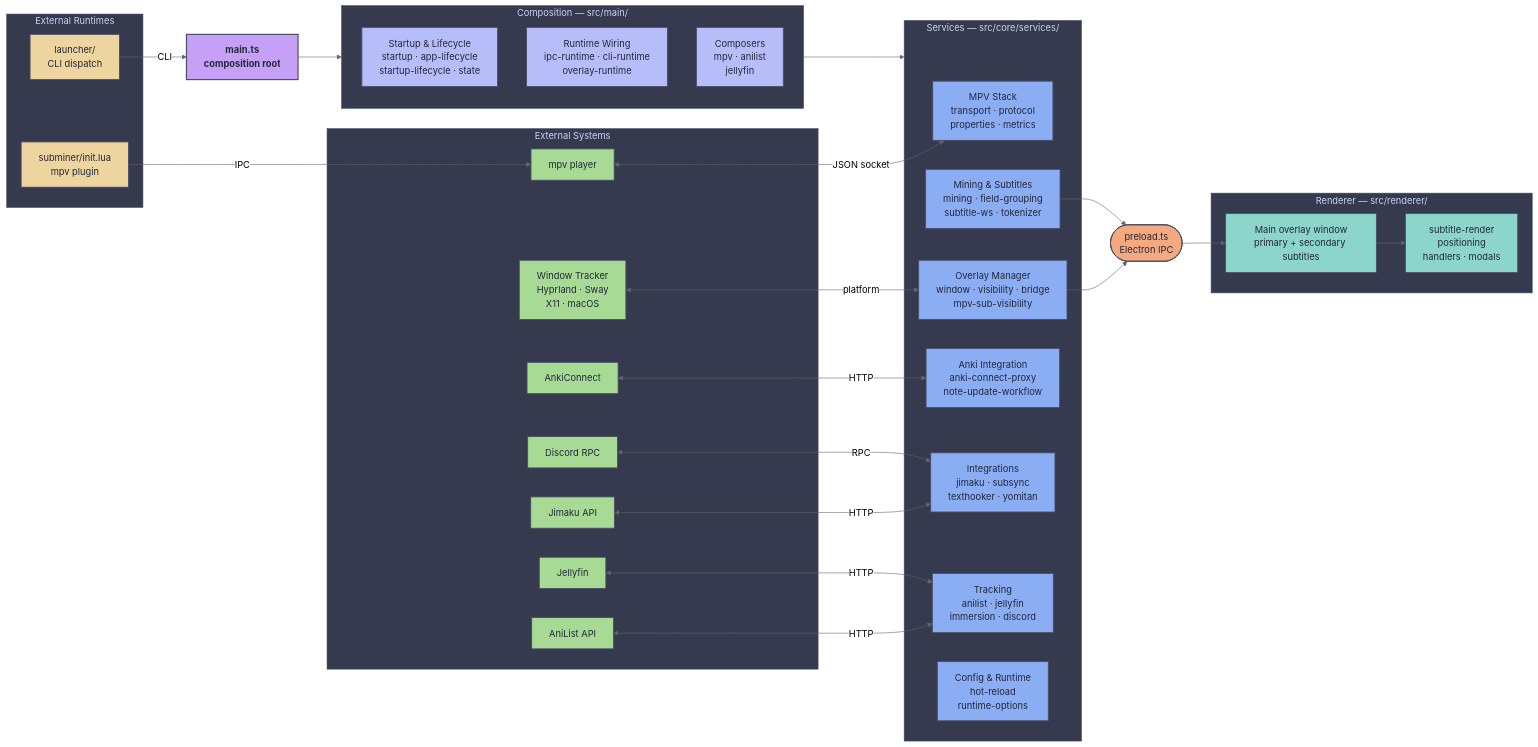
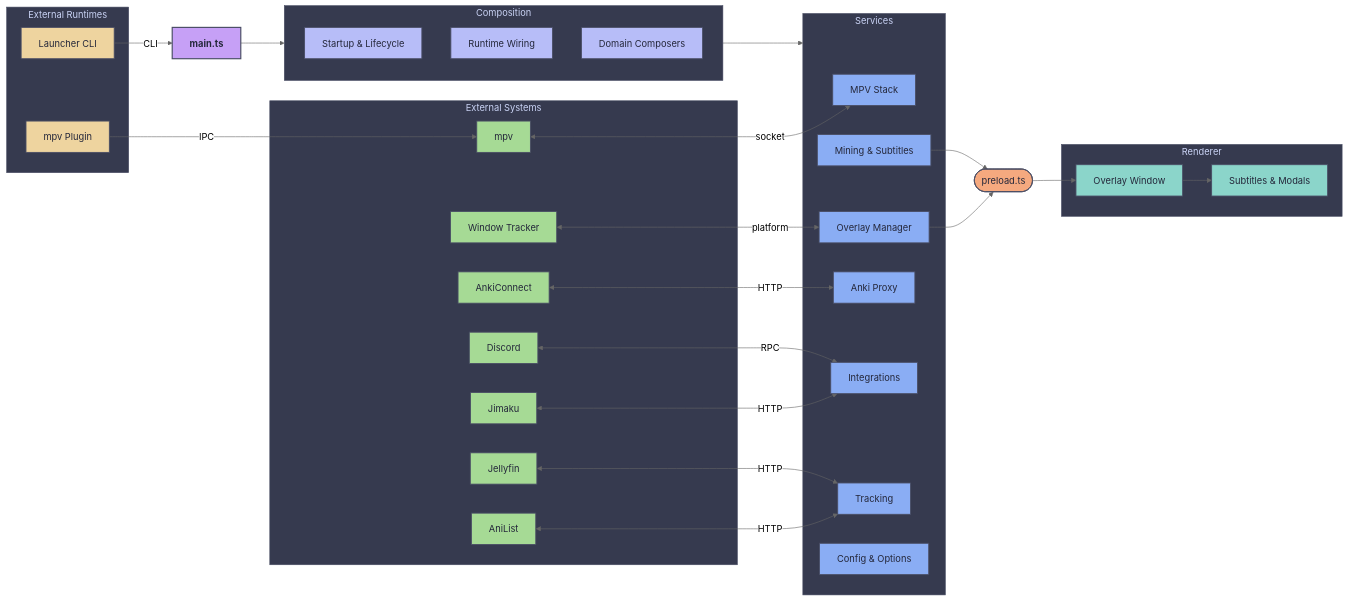
One commit to ksyasuda/subminer-docs changed the first of 2 diagrams in architecture.md. Above: the diagram before and after it, drawn with Mermaid (neutral theme). The commit also changed other lines of this file and 6 other files, not shown here.

````diff
--- a/architecture.md
+++ b/architecture.md
@@ -134,74 +134,74 @@
 ```mermaid
 flowchart LR
   classDef entry fill:#c6a0f6,stroke:#494d64,color:#24273a,stroke-width:2px,font-weight:bold
   classDef comp fill:#b7bdf8,stroke:#494d64,color:#24273a,stroke-width:1.5px
   classDef svc fill:#8aadf4,stroke:#494d64,color:#24273a,stroke-width:1.5px
   classDef bridge fill:#f5a97f,stroke:#494d64,color:#24273a,stroke-width:1.5px
   classDef rend fill:#8bd5ca,stroke:#494d64,color:#24273a,stroke-width:1.5px
   classDef ext fill:#a6da95,stroke:#494d64,color:#24273a,stroke-width:1.5px
   classDef extrt fill:#eed49f,stroke:#494d64,color:#24273a,stroke-width:1.5px
 
   subgraph ExtRt["External Runtimes"]
-    Launcher["launcher/<br/>CLI dispatch"]:::extrt
-    Plugin["subminer/init.lua<br/>mpv plugin"]:::extrt
+    Launcher["Launcher CLI"]:::extrt
+    Plugin["mpv Plugin"]:::extrt
   end
 
   subgraph Ext["External Systems"]
-    mpvExt["mpv player"]:::ext
+    mpvExt["mpv"]:::ext
     AnkiExt["AnkiConnect"]:::ext
-    JimakuExt["Jimaku API"]:::ext
-    TrackerExt["Window Tracker<br/>Hyprland · Sway<br/>X11 · macOS"]:::ext
-    AnilistExt["AniList API"]:::ext
+    JimakuExt["Jimaku"]:::ext
+    TrackerExt["Window Tracker"]:::ext
+    AnilistExt["AniList"]:::ext
     JellyfinExt["Jellyfin"]:::ext
-    DiscordExt["Discord RPC"]:::ext
+    DiscordExt["Discord"]:::ext
   end
 
-  Main["main.ts<br/>composition root"]:::entry
+  Main["main.ts"]:::entry
 
-  subgraph Comp["Composition — src/main/"]
-    Startup["Startup & Lifecycle<br/>startup · app-lifecycle<br/>startup-lifecycle · state"]:::comp
-    Wiring["Runtime Wiring<br/>ipc-runtime · cli-runtime<br/>overlay-runtime"]:::comp
-    Composers["Composers<br/>mpv · anilist<br/>jellyfin"]:::comp
+  subgraph Comp["Composition"]
+    Startup["Startup & Lifecycle"]:::comp
+    Wiring["Runtime Wiring"]:::comp
+    Composers["Domain Composers"]:::comp
   end
 
-  subgraph Svc["Services — src/core/services/"]
-    Mpv["MPV Stack<br/>transport · protocol<br/>properties · metrics"]:::svc
-    OverlaySvc["Overlay Manager<br/>window · visibility · bridge<br/>mpv-sub-visibility"]:::svc
-    Mining["Mining & Subtitles<br/>mining · field-grouping<br/>subtitle-ws · tokenizer"]:::svc
-    AnkiProxy["Anki Integration<br/>anki-connect-proxy<br/>note-update-workflow"]:::svc
-    Integrations["Integrations<br/>jimaku · subsync<br/>texthooker · yomitan"]:::svc
-    Tracking["Tracking<br/>anilist · jellyfin<br/>immersion · discord"]:::svc
-    Config["Config & Runtime<br/>hot-reload<br/>runtime-options"]:::svc
+  subgraph Svc["Services"]
+    Mpv["MPV Stack"]:::svc
+    OverlaySvc["Overlay Manager"]:::svc
+    Mining["Mining & Subtitles"]:::svc
+    AnkiProxy["Anki Proxy"]:::svc
+    Integrations["Integrations"]:::svc
+    Tracking["Tracking"]:::svc
+    Config["Config & Options"]:::svc
   end
 
-  Bridge(["preload.ts<br/>Electron IPC"]):::bridge
+  Bridge(["preload.ts"]):::bridge
 
-  subgraph Rend["Renderer — src/renderer/"]
-    OverlayWin["Main overlay window<br/>primary + secondary subtitles"]:::rend
-    UI["subtitle-render<br/>positioning<br/>handlers · modals"]:::rend
+  subgraph Rend["Renderer"]
+    OverlayWin["Overlay Window"]:::rend
+    UI["Subtitles & Modals"]:::rend
   end
 
   Launcher -->|"CLI"| Main
   Plugin -->|"IPC"| mpvExt
 
   Main --> Comp
   Comp --> Svc
 
-  mpvExt <-->|"JSON socket"| Mpv
+  mpvExt <-->|"socket"| Mpv
   AnkiExt <-->|"HTTP"| AnkiProxy
   JimakuExt <-->|"HTTP"| Integrations
   TrackerExt <-->|"platform"| OverlaySvc
   AnilistExt <-->|"HTTP"| Tracking
   JellyfinExt <-->|"HTTP"| Tracking
   DiscordExt <-->|"RPC"| Integrations
 
   OverlaySvc & Mining --> Bridge
   Bridge --> OverlayWin
   OverlayWin --> UI
 
   style Comp fill:#363a4f,stroke:#494d64,color:#cad3f5
   style Svc fill:#363a4f,stroke:#494d64,color:#cad3f5
   style Rend fill:#363a4f,stroke:#494d64,color:#cad3f5
   style Ext fill:#363a4f,stroke:#494d64,color:#cad3f5
   style ExtRt fill:#363a4f,stroke:#494d64,color:#cad3f5
 ```
````
